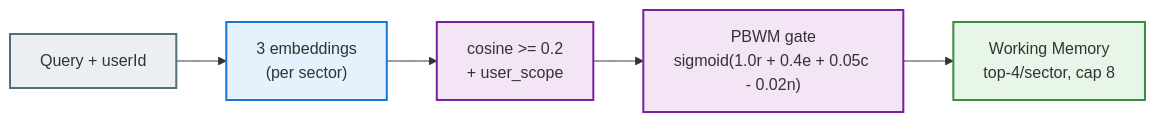
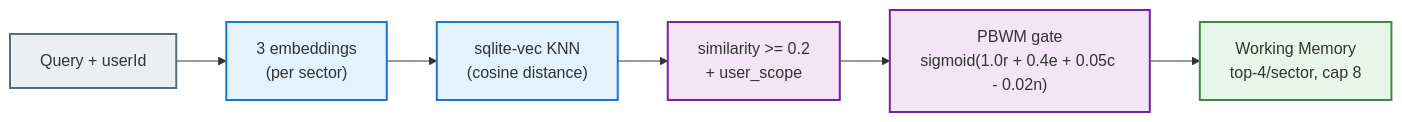
Before and after one commit to ekailabs/ekai-gateway: the third of 4 diagrams in memory/README.md, drawn with Mermaid. The commit also changed other lines of this file, not shown here.

Commit message:
Update README retrieval pipeline and data model for sqlite-vec

````diff
--- a/memory/README.md
+++ b/memory/README.md
@@ -352,15 +352,16 @@
 ```mermaid
 graph LR
   classDef i fill:#eceff1,stroke:#546e7a,stroke-width:2px
   classDef p fill:#e3f2fd,stroke:#1976d2,stroke-width:2px
   classDef e fill:#f3e5f5,stroke:#7b1fa2,stroke-width:2px
   classDef o fill:#e8f5e9,stroke:#388e3c,stroke-width:2px
 
   Q["Query + userId"]:::i
   EMB["3 embeddings<br>(per sector)"]:::p
-  F["cosine >= 0.2<br>+ user_scope"]:::e
+  ANN["sqlite-vec KNN<br>(cosine distance)"]:::p
+  F["similarity >= 0.2<br>+ user_scope"]:::e
   G["PBWM gate<br>sigmoid(1.0r + 0.4e + 0.05c - 0.02n)"]:::e
   W["Working Memory<br>top-4/sector, cap 8"]:::o
 
-  Q --> EMB --> F --> G --> W
+  Q --> EMB --> ANN --> F --> G --> W
 ```
````
